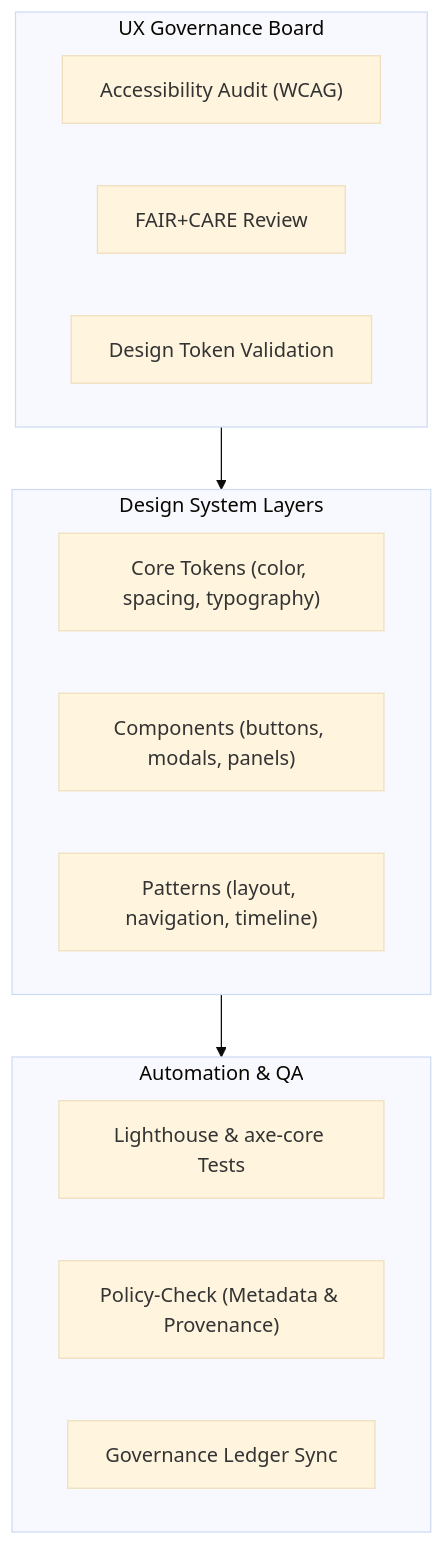
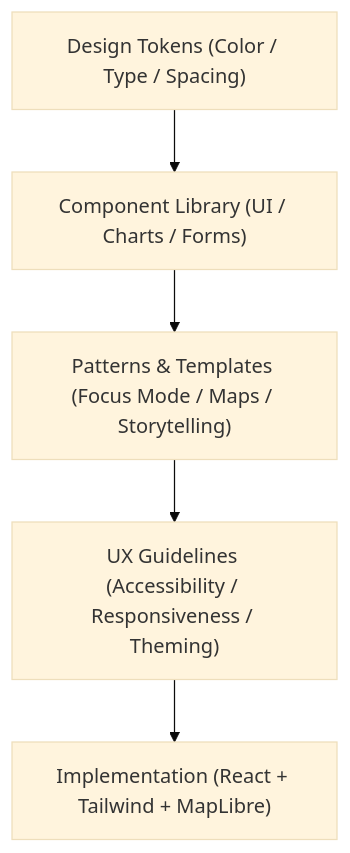
Before and after one commit to bartytime4life/Kansas-Frontier-Matrix: the first of 2 diagrams in docs/design/README.md, drawn with Mermaid (base theme). The commit also changed other lines of this file, not shown here.

````diff
--- a/docs/design/README.md
+++ b/docs/design/README.md
@@ -85,22 +81,7 @@
 ```mermaid
 flowchart TD
-  subgraph GOV["UX Governance Board"]
-    G1["Accessibility Audit (WCAG)"]
-    G2["FAIR+CARE Review"]
-    G3["Design Token Validation"]
-  end
-
-  subgraph SYS["Design System Layers"]
-    D1["Core Tokens (color, spacing, typography)"]
-    D2["Components (buttons, modals, panels)"]
-    D3["Patterns (layout, navigation, timeline)"]
-  end
-
-  subgraph CI["Automation & QA"]
-    C1["Lighthouse & axe-core Tests"]
-    C2["Policy-Check (Metadata & Provenance)"]
-    C3["Governance Ledger Sync"]
-  end
-
-  GOV --> SYS --> CI
+    A["Design Tokens (Color / Type / Spacing)"] --> B["Component Library (UI / Charts / Forms)"]
+    B --> C["Patterns & Templates (Focus Mode / Maps / Storytelling)"]
+    C --> D["UX Guidelines (Accessibility / Responsiveness / Theming)"]
+    D --> E["Implementation (React + Tailwind + MapLibre)"]
 ```
````
